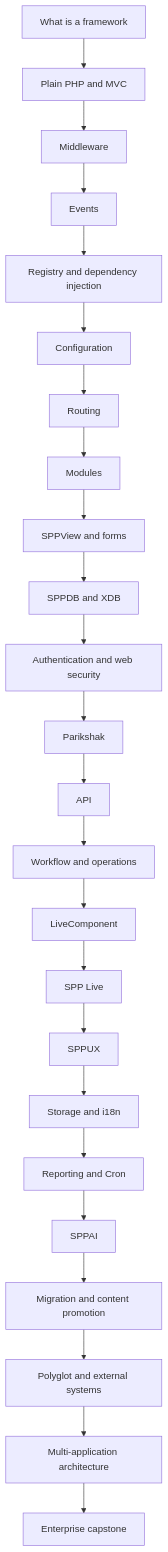
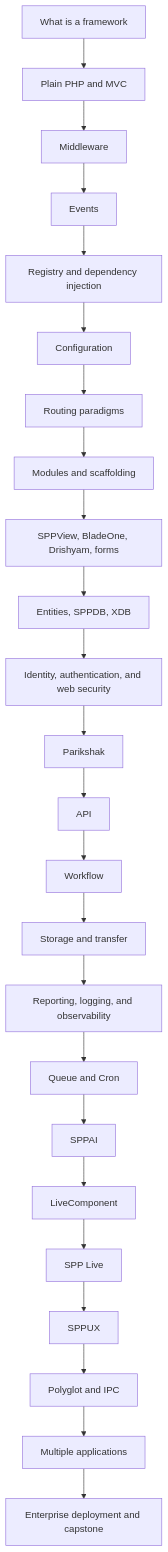
Before and after one commit to shuklasp/spp: the diagram in documentation/handbook/README.md, drawn with Mermaid. The commit also changed other lines of this file, not shown here.

````diff
--- a/documentation/handbook/README.md
+++ b/documentation/handbook/README.md
@@ -120,26 +137,26 @@
 ```mermaid
 flowchart TD
     A[What is a framework] --> B[Plain PHP and MVC]
     B --> C[Middleware]
     C --> D[Events]
     D --> E[Registry and dependency injection]
     E --> F[Configuration]
-    F --> G[Routing]
-    G --> H[Modules]
-    H --> I[SPPView and forms]
-    I --> J[SPPDB and XDB]
-    J --> K[Authentication and web security]
+    F --> G[Routing paradigms]
+    G --> H[Modules and scaffolding]
+    H --> I[SPPView, BladeOne, Drishyam, forms]
+    I --> J[Entities, SPPDB, XDB]
+    J --> K[Identity, authentication, and web security]
     K --> L[Parikshak]
     L --> M[API]
-    M --> N[Workflow and operations]
-    N --> O[LiveComponent]
-    O --> P[SPP Live]
-    P --> Q[SPPUX]
-    Q --> R[Storage and i18n]
-    R --> S[Reporting and Cron]
-    S --> T[SPPAI]
-    T --> U[Migration and content promotion]
-    U --> V[Polyglot and external systems]
-    V --> W[Multi-application architecture]
-    W --> X[Enterprise capstone]
+    M --> N[Workflow]
+    N --> O[Storage and transfer]
+    O --> P[Reporting, logging, and observability]
+    P --> Q[Queue and Cron]
+    Q --> R[SPPAI]
+    R --> S[LiveComponent]
+    S --> T[SPP Live]
+    T --> U[SPPUX]
+    U --> V[Polyglot and IPC]
+    V --> W[Multiple applications]
+    W --> X[Enterprise deployment and capstone]
 ```
````
